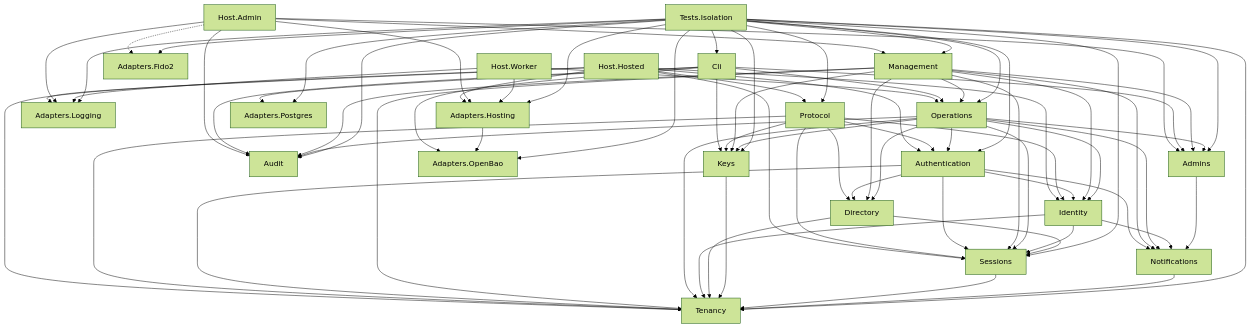
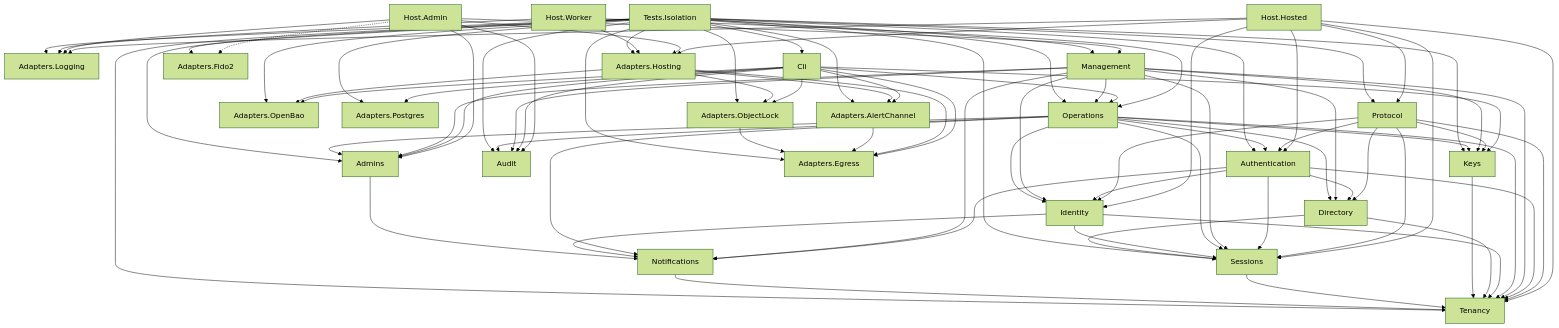
Before and after one commit to shanilmelder/gatekeep: the diagram in docs/architecture/module-dependencies.md, drawn with Mermaid (forest theme). The commit also changed 80 other files, not shown here.

First line of the commit message:
feat: connect the alert channel and off-server store for Story 1.30

```diff
--- a/docs/architecture/module-dependencies.md
+++ b/docs/architecture/module-dependencies.md
@@ -25,6 +25,9 @@
   Keys[Keys]
   AdaptersOpenBao[Adapters.OpenBao]
   AdaptersPostgres[Adapters.Postgres]
+  AdaptersEgress[Adapters.Egress]
+  AdaptersAlertChannel[Adapters.AlertChannel]
+  AdaptersObjectLock[Adapters.ObjectLock]
   Directory[Directory]
   Notifications[Notifications]
   TestsIsolation[Tests.Isolation]
@@ -50,6 +53,9 @@
   Cli --> Keys
   Cli --> AdaptersOpenBao
   Cli --> AdaptersPostgres
+  Cli --> AdaptersEgress
+  Cli --> AdaptersAlertChannel
+  Cli --> AdaptersObjectLock
   Protocol --> Authentication
   Protocol --> Directory
   Protocol --> Identity
@@ -89,9 +95,17 @@
   Notifications --> Tenancy
   Admins --> Notifications
   AdaptersHosting --> AdaptersOpenBao
+  AdaptersHosting --> AdaptersEgress
+  AdaptersHosting --> AdaptersAlertChannel
+  AdaptersHosting --> AdaptersObjectLock
+  AdaptersAlertChannel --> AdaptersEgress
+  AdaptersObjectLock --> AdaptersEgress
+  TestsIsolation --> AdaptersAlertChannel
+  TestsIsolation --> AdaptersEgress
   TestsIsolation --> AdaptersFido2
   TestsIsolation --> AdaptersHosting
   TestsIsolation --> AdaptersLogging
+  TestsIsolation --> AdaptersObjectLock
   TestsIsolation --> AdaptersOpenBao
   TestsIsolation --> AdaptersPostgres
   TestsIsolation --> Admins
```
